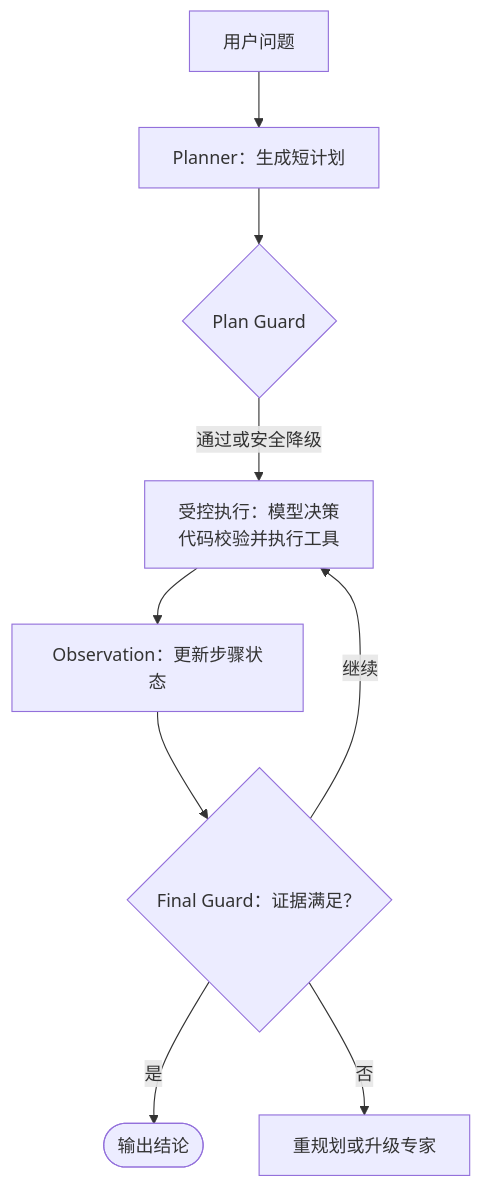
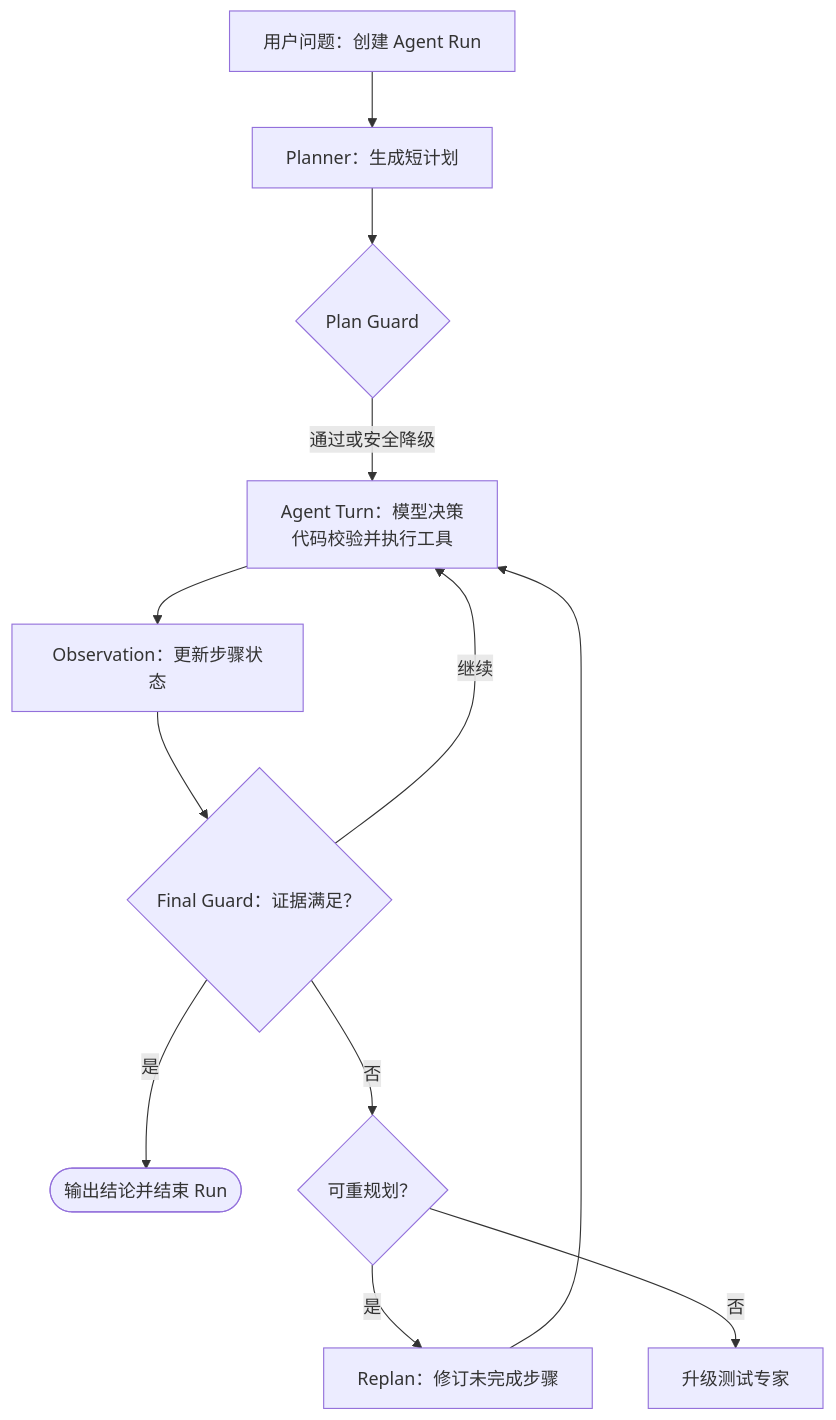
One commit to helloaiden0305/odm_strategy_runtime_agent changed the diagram in README.md. Above: the diagram before and after it, drawn with Mermaid. The commit also changed other lines of this file and 1 other file, not shown here.

````diff
--- a/README.md
+++ b/README.md
@@ -146,11 +30,14 @@
 ```mermaid
 flowchart TD
-    A[用户问题] --> B[Planner：生成短计划]
+    A[用户问题：创建 Agent Run] --> B[Planner：生成短计划]
     B --> C{Plan Guard}
-    C -- 通过或安全降级 --> D[受控执行：模型决策<br/>代码校验并执行工具]
+    C -- 通过或安全降级 --> D[Agent Turn：模型决策<br/>代码校验并执行工具]
     D --> E[Observation：更新步骤状态]
     E --> F{Final Guard：证据满足？}
     F -- 继续 --> D
-    F -- 是 --> G([输出结论])
-    F -- 否 --> H[重规划或升级专家]
+    F -- 是 --> G([输出结论并结束 Run])
+    F -- 否 --> H{可重规划？}
+    H -- 是 --> I[Replan：修订未完成步骤]
+    I --> D
+    H -- 否 --> J[升级测试专家]
 ```
````
